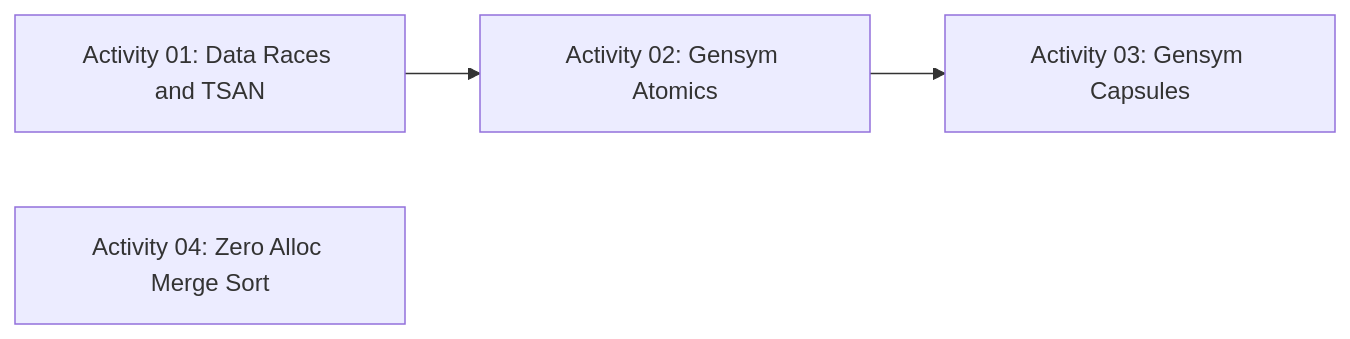
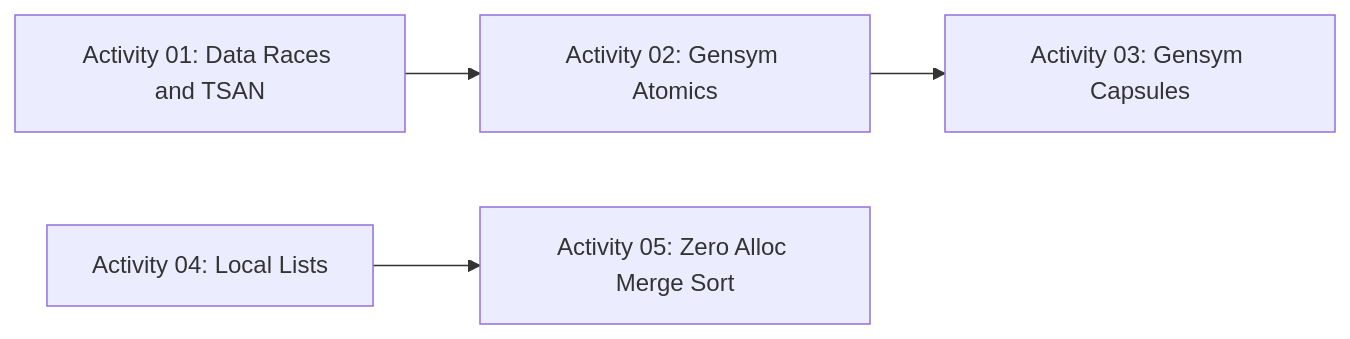
Before and after one commit to avsm/oxcaml-icfp-tutorial: the diagram in handson_activity/README.md, drawn with Mermaid. The commit also changed 13 other files, not shown here.

Commit message:
Added local lists

````diff
--- a/handson_activity/README.md
+++ b/handson_activity/README.md
@@ -11,6 +11,6 @@
 ```mermaid
 graph LR
     act01[Activity 01: Data Races and TSAN] --> act02[Activity 02: Gensym Atomics]
     act02 --> act03[Activity 03: Gensym Capsules]
-    act04[Activity 04: Zero Alloc Merge Sort]
+    act04[Activity 04: Local Lists] --> act05[Activity 05: Zero Alloc Merge Sort]
 ```
````
